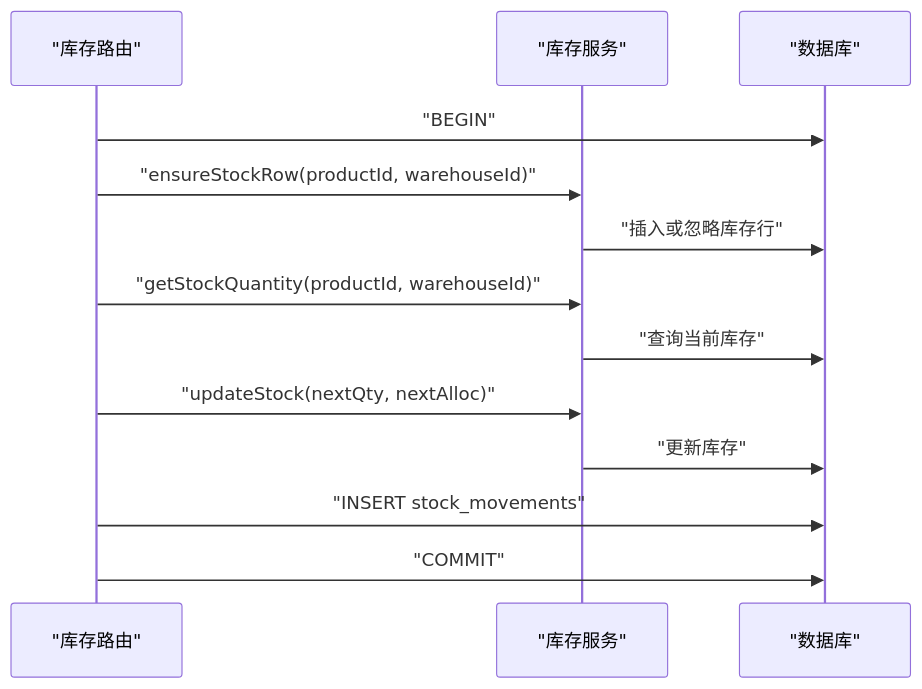
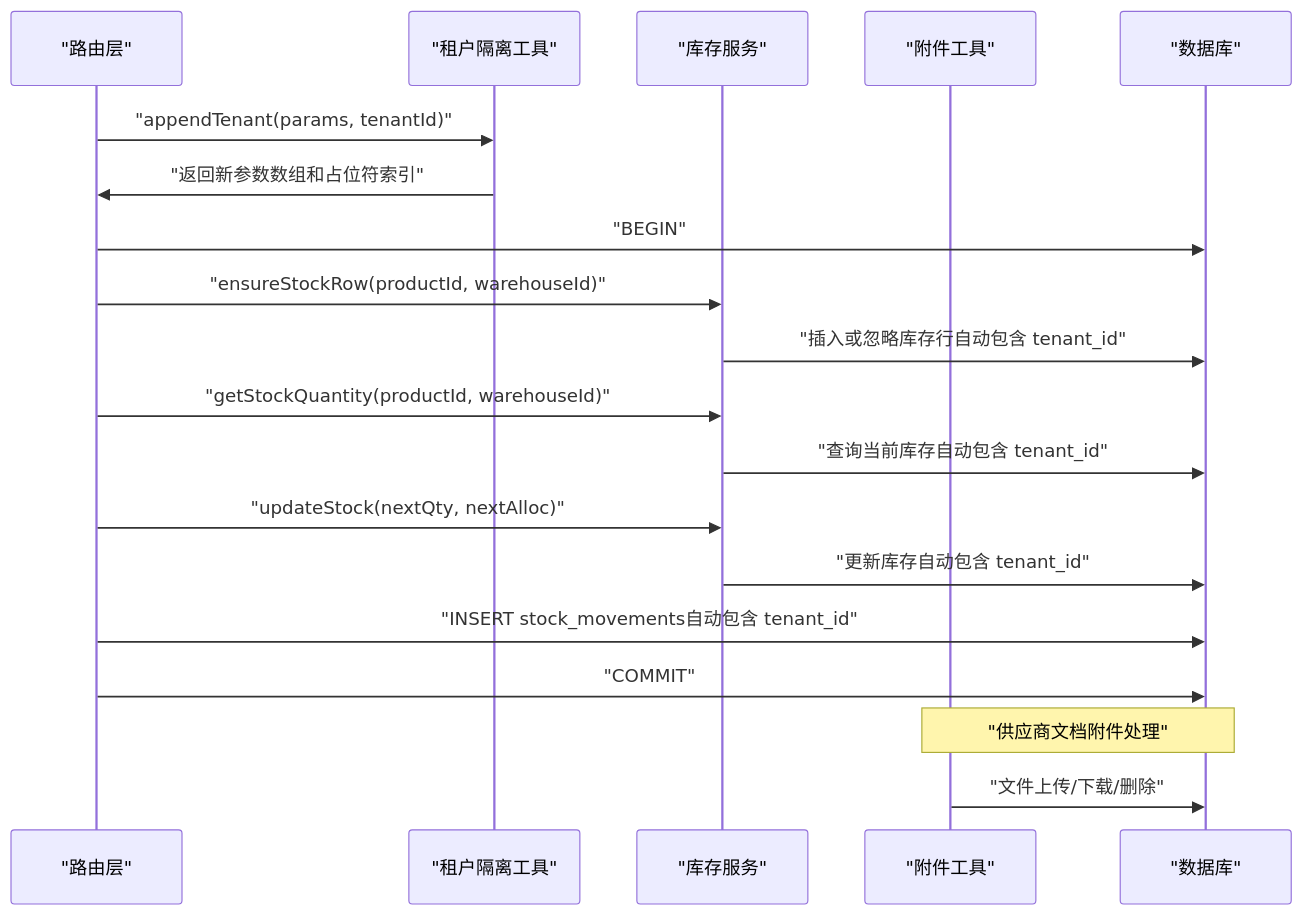
The fourth of 6 diagrams in .qoder/repowiki/zh/content/数据库设计/数据库设计.md (Juny09/inventory_system), drawn with Mermaid before and after one commit. The commit also changed other lines of this file and 53 other files, not shown here.

````diff
--- a/.qoder/repowiki/zh/content/数据库设计/数据库设计.md
+++ b/.qoder/repowiki/zh/content/数据库设计/数据库设计.md
@@ -471,15 +691,21 @@
 ```mermaid
 sequenceDiagram
-participant Route as "库存路由"
+participant Route as "路由层"
+participant TenantUtil as "租户隔离工具"
 participant Svc as "库存服务"
+participant Attach as "附件工具"
 participant DB as "数据库"
+Route->>TenantUtil : "appendTenant(params, tenantId)"
+TenantUtil->>Route : "返回新参数数组和占位符索引"
 Route->>DB : "BEGIN"
 Route->>Svc : "ensureStockRow(productId, warehouseId)"
-Svc->>DB : "插入或忽略库存行"
+Svc->>DB : "插入或忽略库存行自动包含 tenant_id"
 Route->>Svc : "getStockQuantity(productId, warehouseId)"
-Svc->>DB : "查询当前库存"
+Svc->>DB : "查询当前库存自动包含 tenant_id"
 Route->>Svc : "updateStock(nextQty, nextAlloc)"
-Svc->>DB : "更新库存"
-Route->>DB : "INSERT stock_movements"
+Svc->>DB : "更新库存自动包含 tenant_id"
+Route->>DB : "INSERT stock_movements自动包含 tenant_id"
 Route->>DB : "COMMIT"
+Note over Attach,DB : "供应商文档附件处理"
+Attach->>DB : "文件上传/下载/删除"
 ```
````
